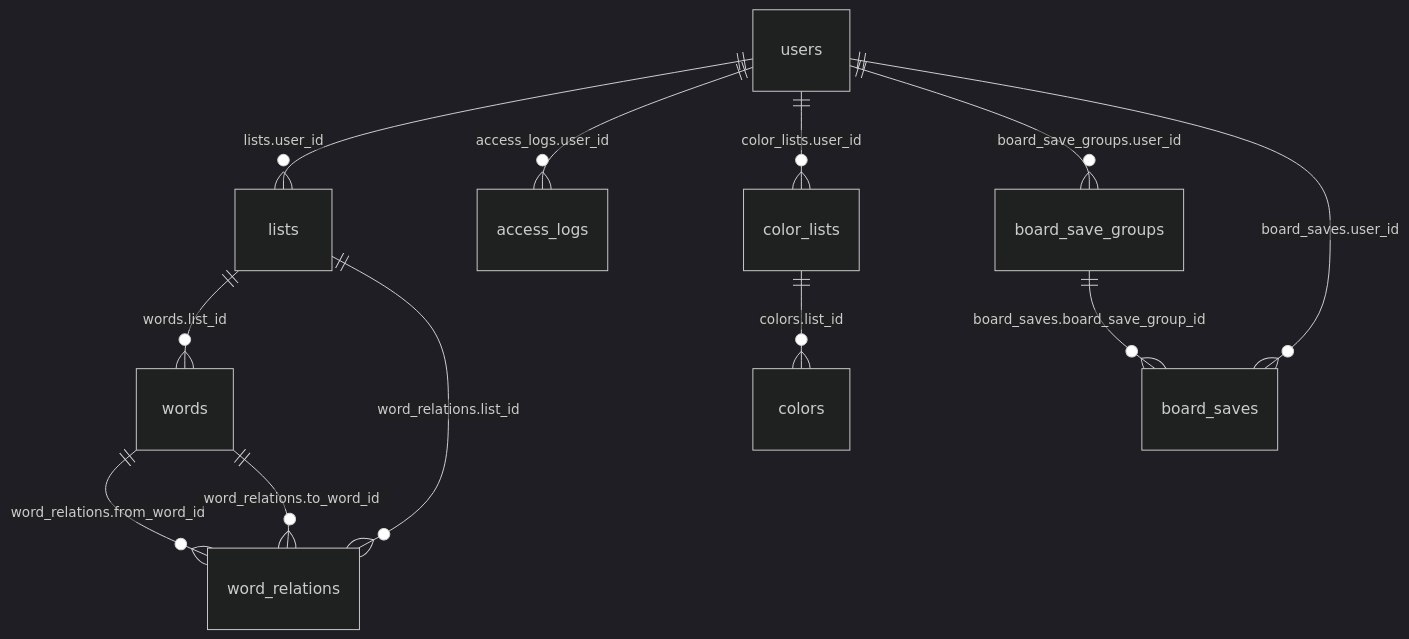
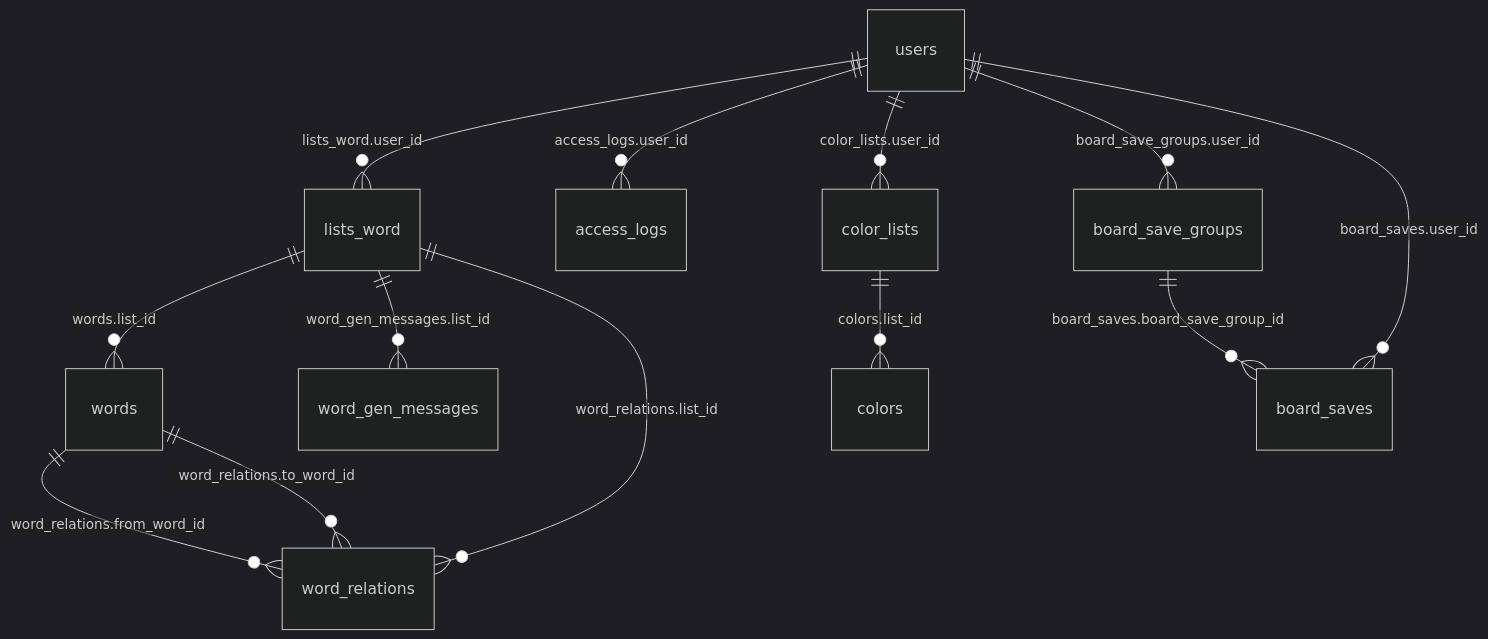
One commit to f4mqfm/cellauto_api changed the diagram in docs/database-schema.md. Above: the diagram before and after it, drawn with Mermaid (dark theme). The commit also changed other lines of this file and 23 other files, not shown here.

````diff
--- a/docs/database-schema.md
+++ b/docs/database-schema.md
@@ -11,14 +11,15 @@
 ```mermaid
 erDiagram
-    users ||--o{ lists : "lists.user_id"
-    lists ||--o{ words : "words.list_id"
-    lists ||--o{ word_relations : "word_relations.list_id"
+    users ||--o{ lists_word : "lists_word.user_id"
+    lists_word ||--o{ words : "words.list_id"
+    lists_word ||--o{ word_gen_messages : "word_gen_messages.list_id"
+    lists_word ||--o{ word_relations : "word_relations.list_id"
     words ||--o{ word_relations : "word_relations.from_word_id"
     words ||--o{ word_relations : "word_relations.to_word_id"
     users ||--o{ access_logs : "access_logs.user_id"
     users ||--o{ color_lists : "color_lists.user_id"
     color_lists ||--o{ colors : "colors.list_id"
     users ||--o{ board_save_groups : "board_save_groups.user_id"
     board_save_groups ||--o{ board_saves : "board_saves.board_save_group_id"
     users ||--o{ board_saves : "board_saves.user_id"
 ```
````
